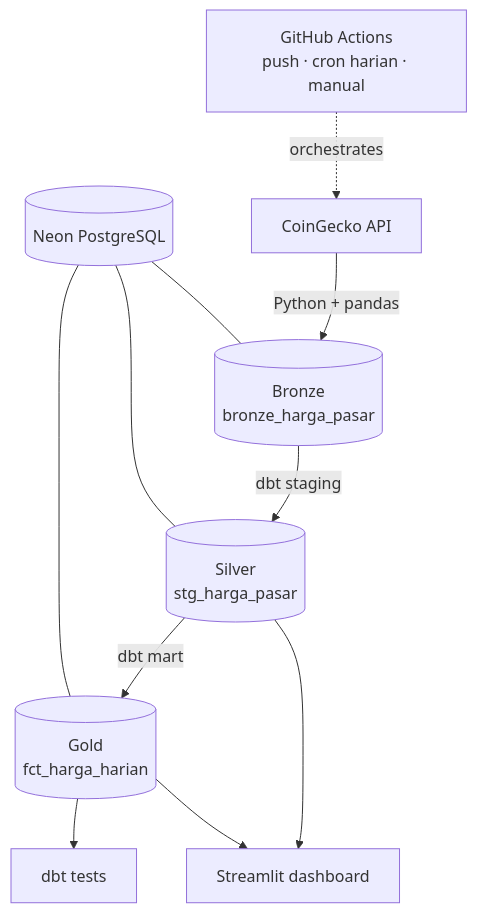
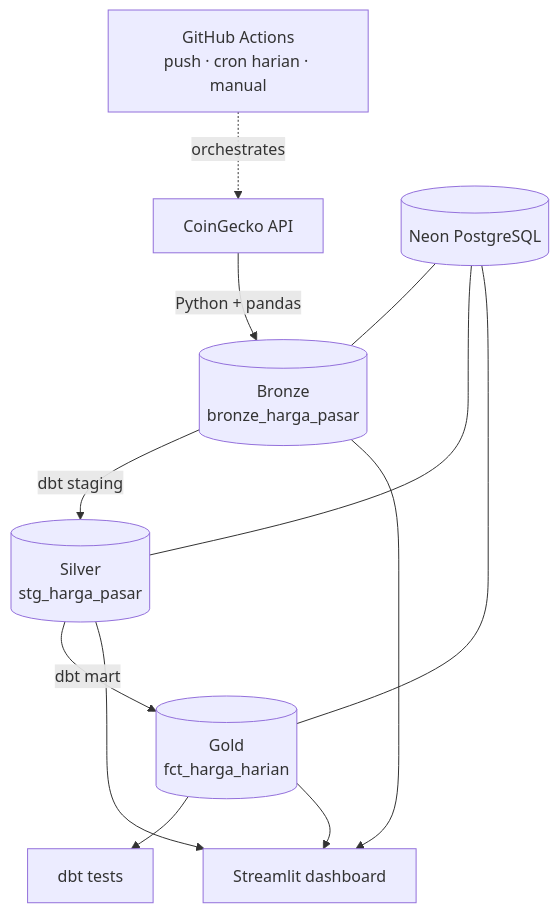
One commit to dimssrmdn01/commodex changed the diagram in README.md. Above: the diagram before and after it, drawn with Mermaid. The commit also changed other lines of this file, not shown here.

`````diff
--- a/README.md
+++ b/README.md
@@ -33,13 +40,14 @@
 ````mermaid
 flowchart TD
     A[CoinGecko API] -->|Python + pandas| B[(Bronze<br/>bronze_harga_pasar)]
     B -->|dbt staging| C[(Silver<br/>stg_harga_pasar)]
     C -->|dbt mart| D[(Gold<br/>fct_harga_harian)]
     D --> E[dbt tests]
     C --> H[Streamlit dashboard]
     D --> H
+    B --> H
     F[GitHub Actions<br/>push · cron harian · manual] -.->|orchestrates| A
     G[(Neon PostgreSQL)] --- B
     G --- C
     G --- D
 ````
`````
